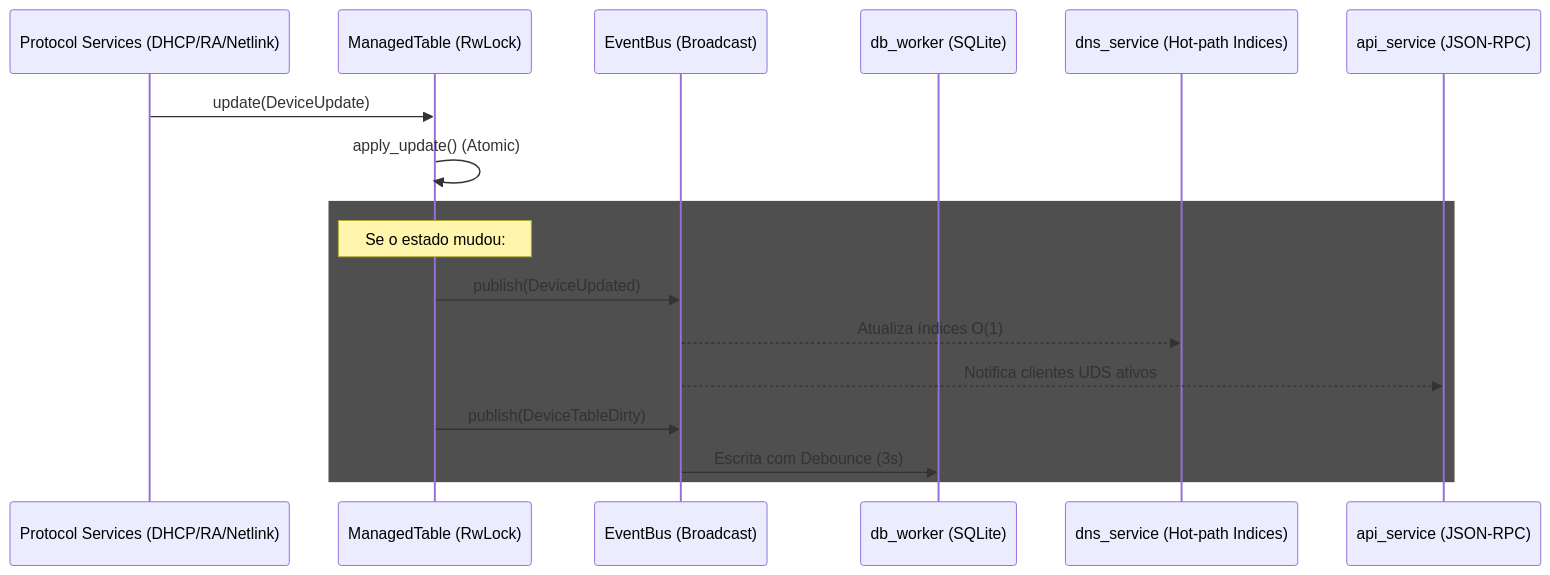
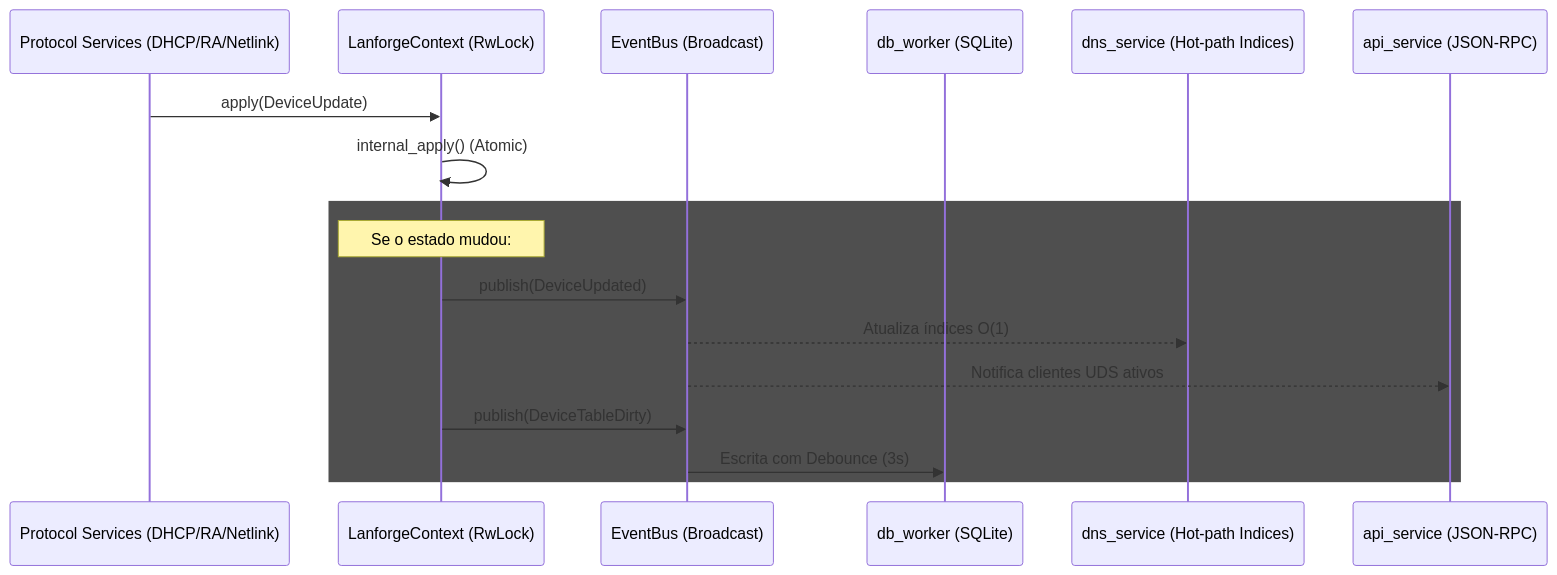
One commit to FerrahWolfeh/lanforge changed the second of 4 diagrams in ARCHITECTURE.md. Above: the diagram before and after it, drawn with Mermaid. The commit also changed other lines of this file and 47 other files, not shown here.

Commit message:
refactor: reintroduce and reshape LanforgeContext as shared singleton with locked RW access for better thread safety and synchronization

````diff
--- a/ARCHITECTURE.md
+++ b/ARCHITECTURE.md
@@ -74,21 +74,21 @@
 ```mermaid
 sequenceDiagram
     participant P as Protocol Services (DHCP/RA/Netlink)
-    participant MT as ManagedTable (RwLock)
+    participant LC as LanforgeContext (RwLock)
     participant EB as EventBus (Broadcast)
     participant DB as db_worker (SQLite)
     participant DNS as dns_service (Hot-path Indices)
     participant API as api_service (JSON-RPC)
 
-    P->>MT: update(DeviceUpdate)
-    MT->>MT: apply_update() (Atomic)
+    P->>LC: apply(DeviceUpdate)
+    LC->>LC: internal_apply() (Atomic)
     
     rect rgba(79, 79, 79, 1)
-    Note over MT: Se o estado mudou:
-    MT->>EB: publish(DeviceUpdated)
+    Note over LC: Se o estado mudou:
+    LC->>EB: publish(DeviceUpdated)
     EB-->>DNS: Atualiza índices O(1)
     EB-->>API: Notifica clientes UDS ativos
-    MT->>EB: publish(DeviceTableDirty)
+    LC->>EB: publish(DeviceTableDirty)
     EB->>DB: Escrita com Debounce (3s)
     end
 ```
````
